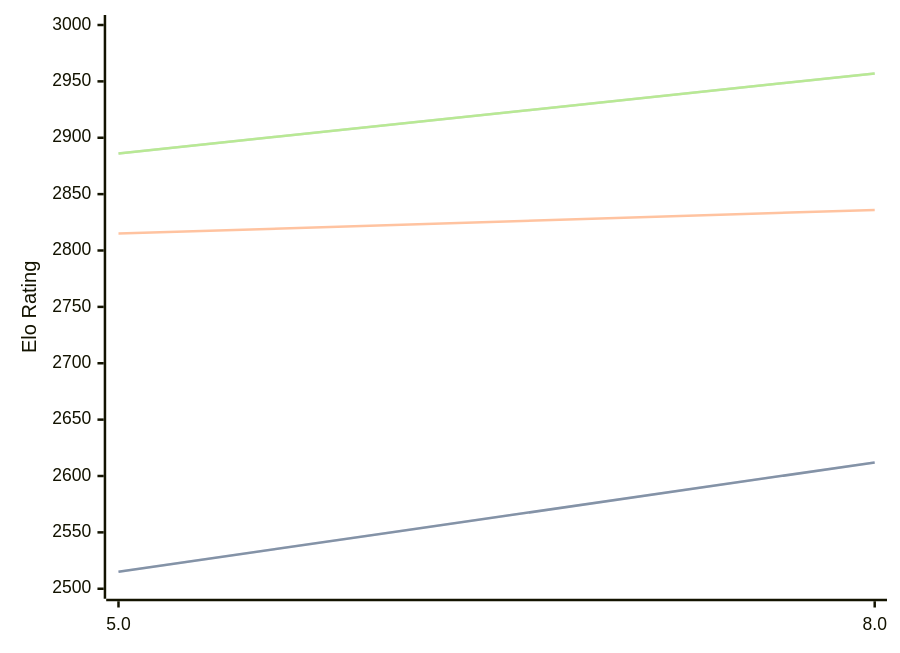
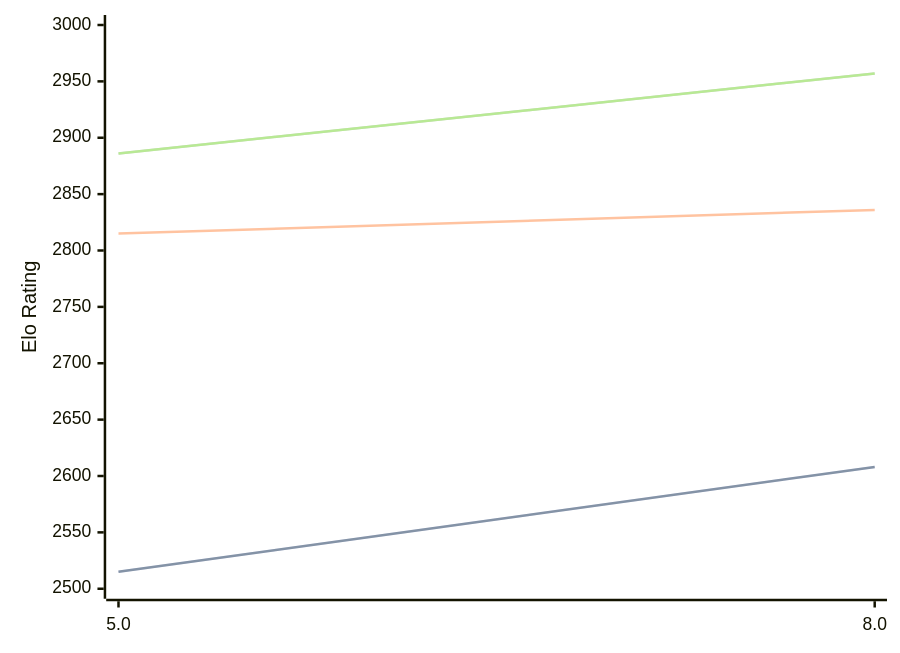
One commit to computer-chess-index/cci changed the diagram in engines/4kc.md. Above: the diagram before and after it, drawn with Mermaid. The commit also changed other lines of this file, not shown here.

Commit message:
Update CCI Ratings (ELO VLTC) - 2026-03-25

````diff
--- a/engines/4kc.md
+++ b/engines/4kc.md
@@ -41,11 +41,11 @@
 ```mermaid
 %%{init: {"theme":"base","themeVariables":{"seriesColors:['#a3a3a3','#222221','#faa371']}}}%%
 xychart-beta
   x-axis ["5.0", "8.0"]
   y-axis "Elo Rating" 2500 --> 3000
-  line "STC (8.0+0.08s)" [2515, 2612]
-  line "STC (8.0+0.08s)" [2515, 2612]
+  line "STC (8.0+0.08s)" [2515, 2608]
+  line "STC (8.0+0.08s)" [2515, 2608]
   line "LTC (60.0+0.60s)" [2815, 2836]
   line "VLTC (2m24s+1.12s)" [2886, 2957]
   line "VLTC (2m24s+1.12s)" [2886, 2957]
 ```
````
